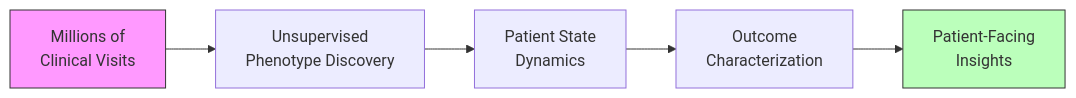
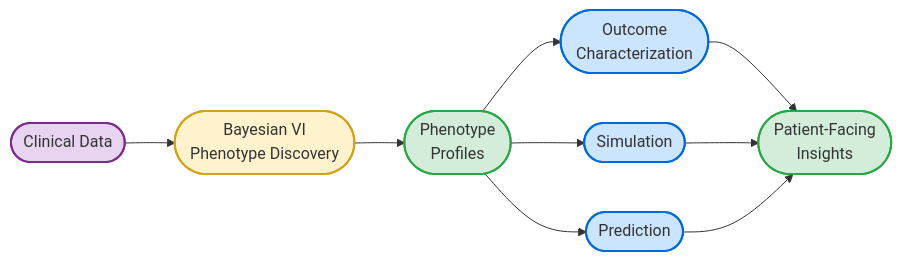
Before and after one commit to oneilsh/topic-state-space-modeling: the first of 3 diagrams in README.md, drawn with Mermaid. The commit also changed other lines of this file and 5 other files, not shown here.

````diff
--- a/README.md
+++ b/README.md
@@ -7,10 +8,17 @@
 ```mermaid
 graph LR
-    A[Millions of<br/>Clinical Visits] --> B[Unsupervised<br/>Phenotype Discovery]
-    B --> C[Patient State<br/>Dynamics]
-    C --> D[Outcome<br/>Characterization]
-    D --> E[Patient-Facing<br/>Insights]
+    A(["Clinical Data"]) --> B(["Bayesian VI<br/>Phenotype Discovery"])
+    B --> C(["Phenotype<br/>Profiles"])
+    C --> D(["Outcome<br/>Characterization"])
+    C --> E(["Simulation"])
+    C --> F(["Prediction"])
+    D & E & F --> G(["Patient-Facing<br/>Insights"])
 
-    style A fill:#f9f,stroke:#333
-    style E fill:#bfb,stroke:#333
+    style A fill:#e8d4f0,stroke:#7b2d8e,stroke-width:2px
+    style B fill:#fff3cd,stroke:#d4a017,stroke-width:2px
+    style C fill:#d4edda,stroke:#28a745,stroke-width:2px
+    style D fill:#cce5ff,stroke:#0069d9,stroke-width:2px
+    style E fill:#cce5ff,stroke:#0069d9,stroke-width:2px
+    style F fill:#cce5ff,stroke:#0069d9,stroke-width:2px
+    style G fill:#d4edda,stroke:#28a745,stroke-width:2px
 ```
````
